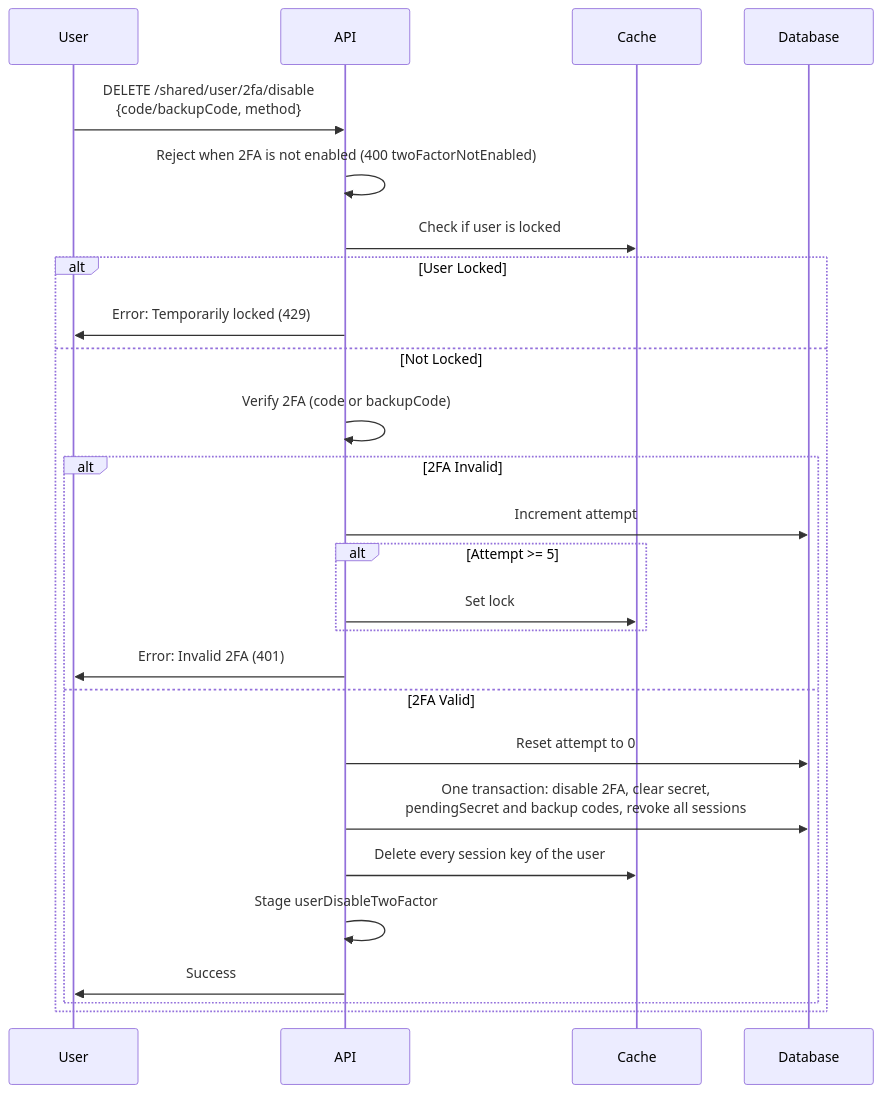
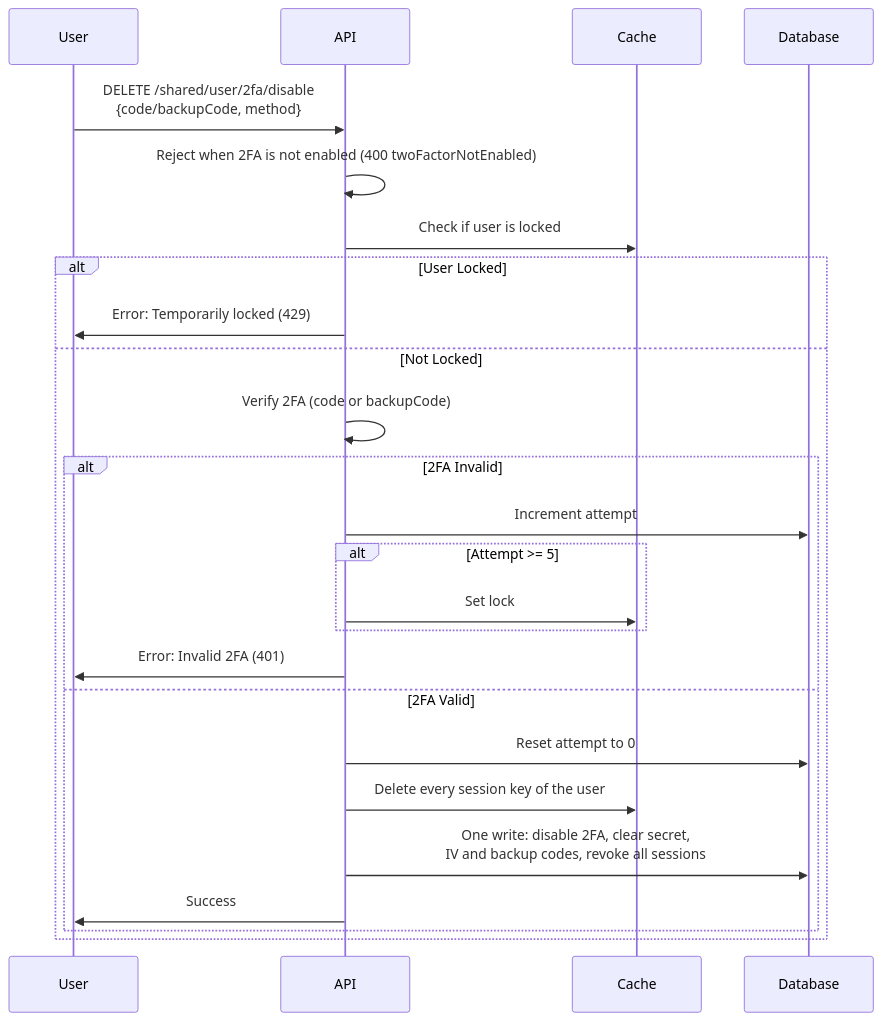
Before and after one commit to andrechristikan/ack-nestjs-boilerplate: the ninth of 9 diagrams in docs/two-factor.md, drawn with Mermaid. The commit also changed other lines of this file and 1480 other files, not shown here.

````diff
--- a/docs/two-factor.md
+++ b/docs/two-factor.md
@@ -537,29 +492,28 @@
 ```mermaid
 sequenceDiagram
     participant User
     participant API
     participant Cache
     participant Database
 
     User->>API: DELETE /shared/user/2fa/disable<br/>{code/backupCode, method}
     API->>API: Reject when 2FA is not enabled (400 twoFactorNotEnabled)
     API->>Cache: Check if user is locked
     alt User Locked
         API->>User: Error: Temporarily locked (429)
     else Not Locked
         API->>API: Verify 2FA (code or backupCode)
         alt 2FA Invalid
             API->>Database: Increment attempt
             alt Attempt >= 5
                 API->>Cache: Set lock
             end
             API->>User: Error: Invalid 2FA (401)
         else 2FA Valid
             API->>Database: Reset attempt to 0
-            API->>Database: One transaction: disable 2FA, clear secret,<br/>pendingSecret and backup codes, revoke all sessions
             API->>Cache: Delete every session key of the user
-            API->>API: Stage userDisableTwoFactor
+            API->>Database: One write: disable 2FA, clear secret,<br/>IV and backup codes, revoke all sessions
             API->>User: Success
         end
     end
 ```
````
